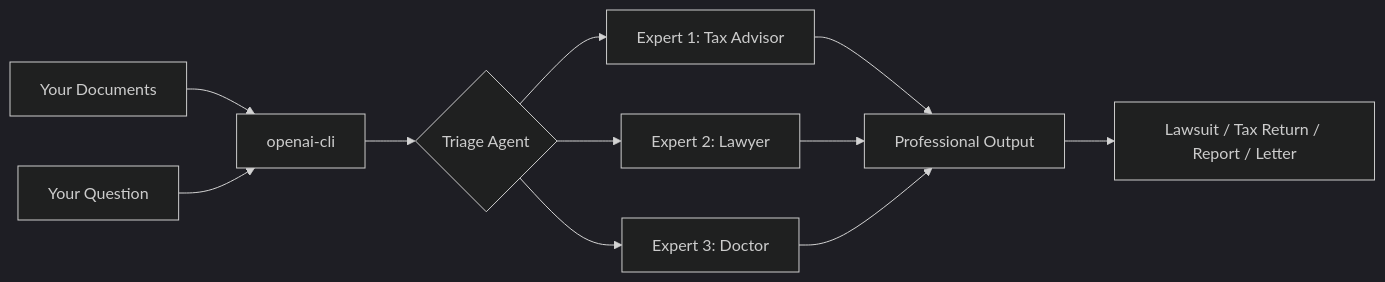
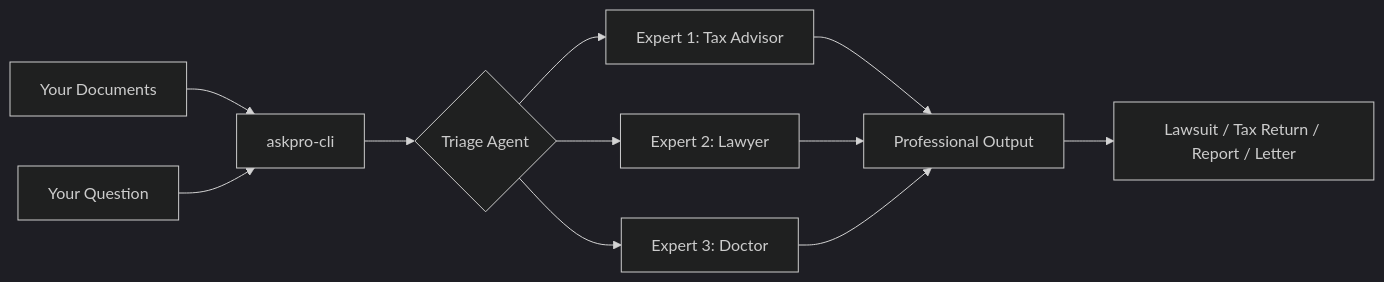
Before and after one commit to marcelrgberger/openai-cli: the first of 5 diagrams in docs/USER_GUIDE.md, drawn with Mermaid (dark theme). The commit also changed other lines of this file and 12 other files, not shown here.

First line of the commit message:
Rename to askpro-cli: update all references, binary, docs, config paths

````diff
--- a/docs/USER_GUIDE.md
+++ b/docs/USER_GUIDE.md
@@ -30,13 +30,13 @@
 ```mermaid
 graph LR
-    A[Your Documents] --> B[openai-cli]
+    A[Your Documents] --> B[askpro-cli]
     C[Your Question] --> B
     B --> D{Triage Agent}
     D --> E[Expert 1: Tax Advisor]
     D --> F[Expert 2: Lawyer]
     D --> G[Expert 3: Doctor]
     E --> H[Professional Output]
     F --> H
     G --> H
     H --> I[Lawsuit / Tax Return / Report / Letter]
 ```
````
